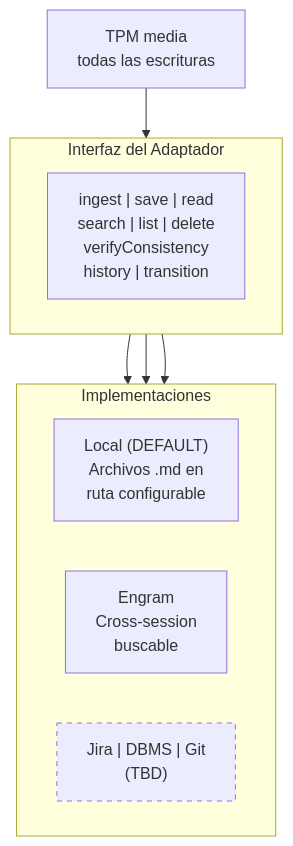
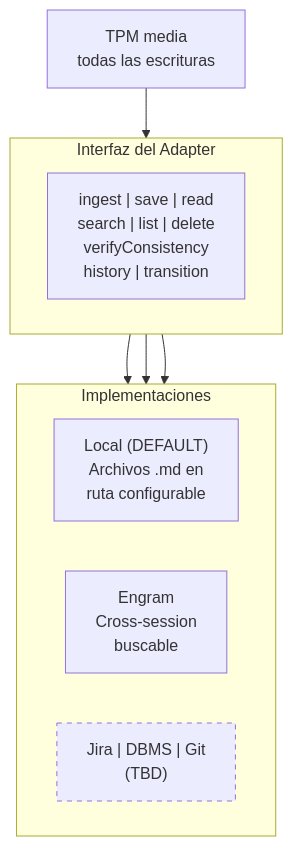
Before and after one commit to virgenherrera/idea-to-mvp: diagram 11 of 11 in docs/overview.md, drawn with Mermaid. The commit also changed other lines of this file and 30 other files, not shown here.

````diff
--- a/docs/overview.md
+++ b/docs/overview.md
@@ -389,22 +417,22 @@
 ```mermaid
-%% Interfaz universal y adaptadores
+%% universalInterface y adapters
 flowchart TD
-    subgraph INTERFACE["Interfaz del Adaptador"]
+    subgraph INTERFACE["Interfaz del Adapter"]
         direction LR
         OPS_I["ingest | save | read\nsearch | list | delete\nverifyConsistency\nhistory | transition"]
     end
 
     subgraph ADAPTERS["Implementaciones"]
         direction LR
         LOCAL["Local (DEFAULT)\nArchivos .md en\nruta configurable"]
         ENGRAM["Engram\nCross-session\nbuscable"]
         FUTURE["Jira | DBMS | Git\n(TBD)"]
     end
 
     TPM_W["TPM media\ntodas las escrituras"] --> INTERFACE
     INTERFACE --> LOCAL
     INTERFACE --> ENGRAM
     INTERFACE --> FUTURE
 
     style FUTURE stroke-dasharray: 5 5
 ```
````
